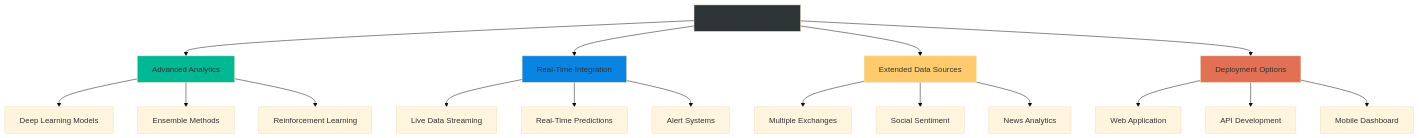
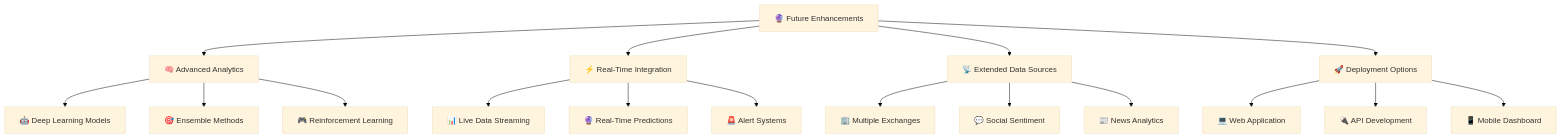
The ninth of 9 diagrams in README.md (Kayamsaikrishna/ds_KayamSaiKrishna), drawn with Mermaid (base theme) before and after one commit. The commit also changed other lines of this file, not shown here.

````diff
--- a/README.md
+++ b/README.md
@@ -622,29 +620,23 @@
 ```mermaid
 graph TB
-    A[Future Enhancements] --> B[Advanced Analytics]
-    A --> C[Real-Time Integration]
-    A --> D[Extended Data Sources]
-    A --> E[Deployment Options]
+    A["🔮 Future Enhancements"] --> B["🧠 Advanced Analytics"]
+    A --> C["⚡ Real-Time Integration"]
+    A --> D["📡 Extended Data Sources"]
+    A --> E["🚀 Deployment Options"]
     
-    B --> B1[Deep Learning Models]
-    B --> B2[Ensemble Methods]
-    B --> B3[Reinforcement Learning]
+    B --> B1["🤖 Deep Learning Models"]
+    B --> B2["🎯 Ensemble Methods"]
+    B --> B3["🎮 Reinforcement Learning"]
     
-    C --> C1[Live Data Streaming]
-    C --> C2[Real-Time Predictions]
-    C --> C3[Alert Systems]
+    C --> C1["📊 Live Data Streaming"]
+    C --> C2["🔮 Real-Time Predictions"]
+    C --> C3["🚨 Alert Systems"]
     
-    D --> D1[Multiple Exchanges]
-    D --> D2[Social Sentiment]
-    D --> D3[News Analytics]
+    D --> D1["🏢 Multiple Exchanges"]
+    D --> D2["💬 Social Sentiment"]
+    D --> D3["📰 News Analytics"]
     
-    E --> E1[Web Application]
-    E --> E2[API Development]
-    E --> E3[Mobile Dashboard]
-    
-    style A fill:#2d3436
-    style B fill:#00b894
-    style C fill:#0984e3
-    style D fill:#fdcb6e
-    style E fill:#e17055
+    E --> E1["💻 Web Application"]
+    E --> E2["🔌 API Development"]
+    E --> E3["📱 Mobile Dashboard"]
 ```
````
